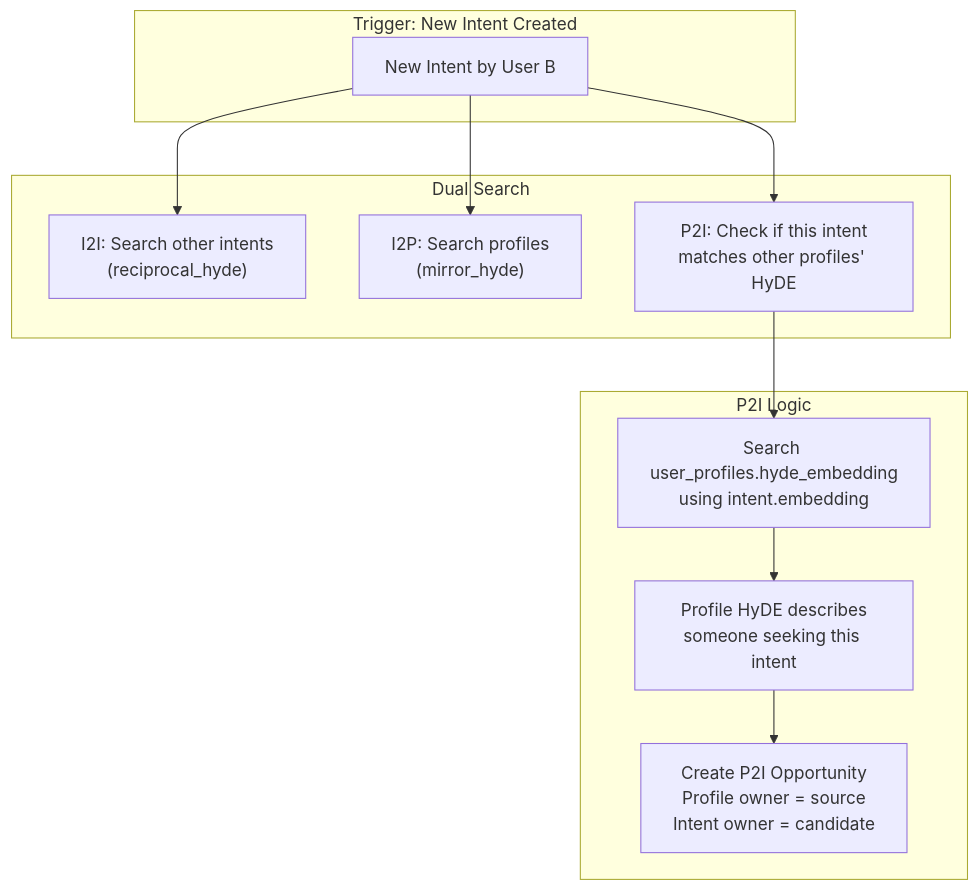
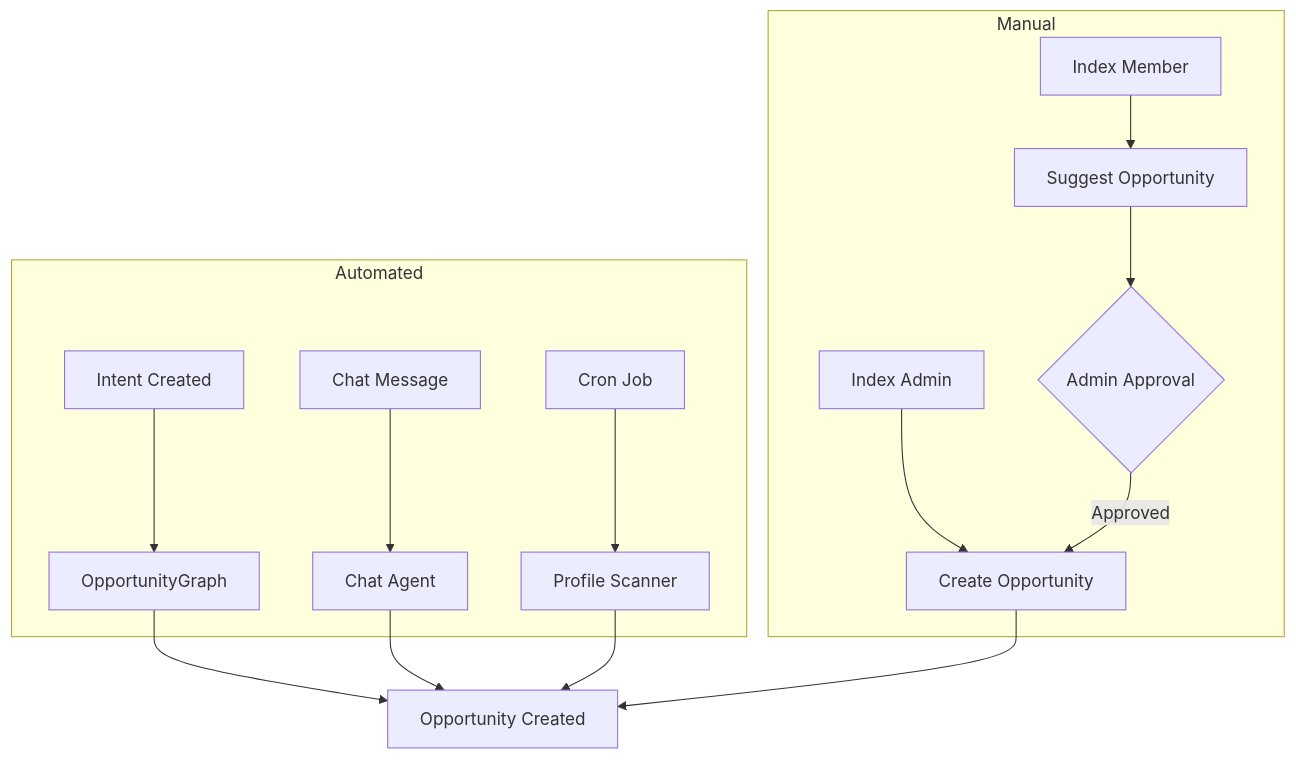
The second of 7 diagrams in protocol/plans/opportunity-redesign-plan.md (yanekyuk/index), drawn with Mermaid before and after one commit. The commit also changed other lines of this file, not shown here.

First line of the commit message:
docs(opportunity): rewrite opportunity redesign plan to v2.0

````diff
--- a/protocol/plans/opportunity-redesign-plan.md
+++ b/protocol/plans/opportunity-redesign-plan.md
@@ -347,18 +285,20 @@
 ```mermaid
 flowchart TD
-    subgraph "Trigger: New Intent Created"
-        NI["New Intent by User B"]
+    subgraph "Automated"
+        INTENT["Intent Created"] --> GRAPH["OpportunityGraph"]
+        CHAT["Chat Message"] --> CHAT_AGENT["Chat Agent"]
+        CRON["Cron Job"] --> SCAN["Profile Scanner"]
     end
     
-    subgraph "Dual Search"
-        NI --> I2I["I2I: Search other intents<br/>(reciprocal_hyde)"]
-        NI --> I2P["I2P: Search profiles<br/>(mirror_hyde)"]
-        NI --> P2I["P2I: Check if this intent<br/>matches other profiles' HyDE"]
+    subgraph "Manual"
+        ADMIN["Index Admin"] --> CREATE["Create Opportunity"]
+        MEMBER["Index Member"] --> SUGGEST["Suggest Opportunity"]
+        SUGGEST --> APPROVAL{"Admin Approval"}
+        APPROVAL -->|Approved| CREATE
     end
     
-    subgraph "P2I Logic"
-        P2I --> SEARCH["Search user_profiles.hyde_embedding<br/>using intent.embedding"]
-        SEARCH --> MATCH["Profile HyDE describes<br/>someone seeking this intent"]
-        MATCH --> OPP["Create P2I Opportunity<br/>Profile owner = source<br/>Intent owner = candidate"]
-    end
+    GRAPH --> OPP["Opportunity Created"]
+    CHAT_AGENT --> OPP
+    SCAN --> OPP
+    CREATE --> OPP
 ```
````
